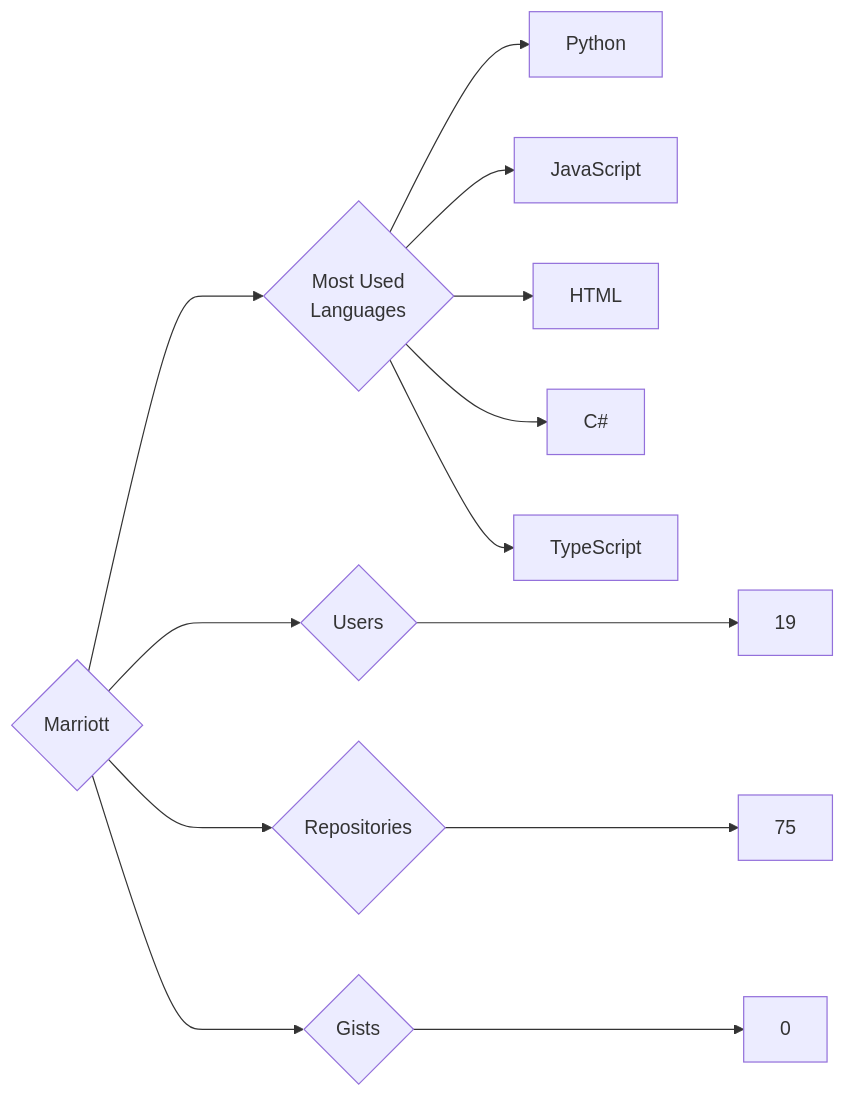
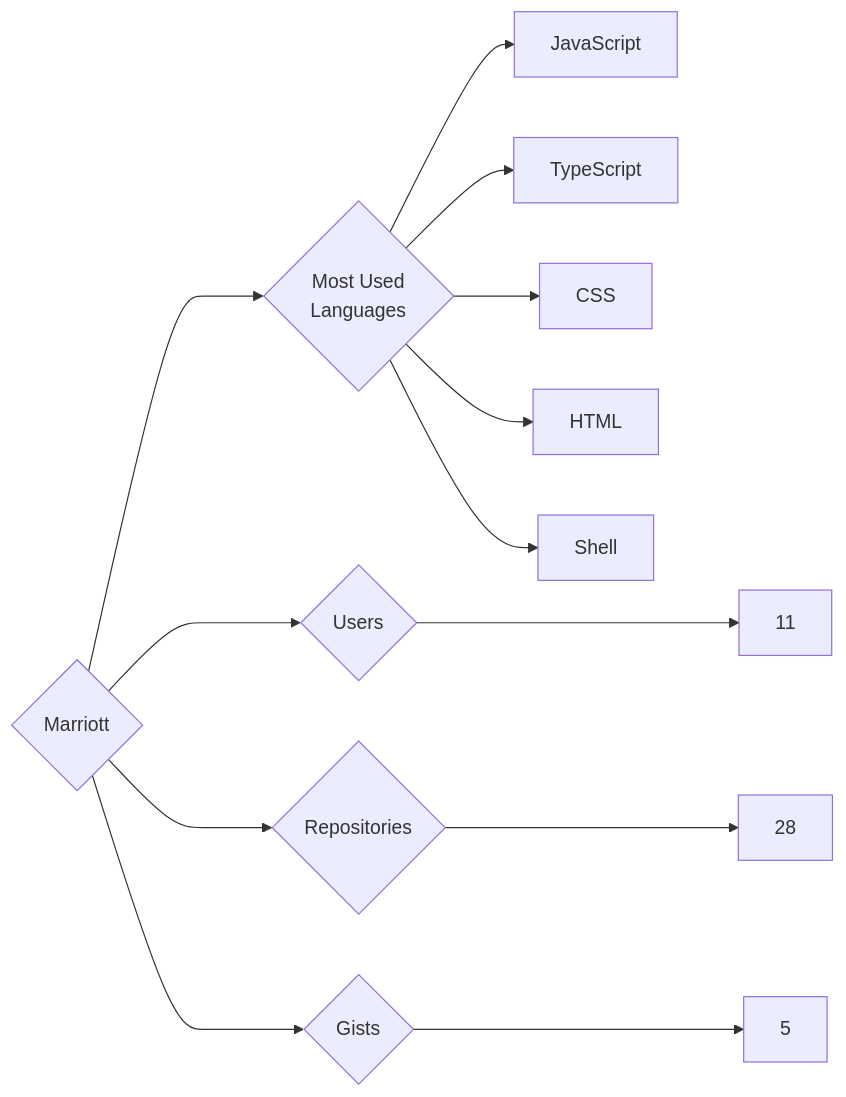
Before and after one commit to trickest/insiders: the diagram in targets/Marriott/README.md, drawn with Mermaid. The commit also changed 932 other files, not shown here.

````diff
--- a/targets/Marriott/README.md
+++ b/targets/Marriott/README.md
@@ -3,13 +3,13 @@
 ```mermaid
 graph LR
 COMPANY_NAME{Marriott}
-COMPANY_NAME ---> U{Users} ---> UN[19]
-COMPANY_NAME ---> R{Repositories} ---> RN[75]
-COMPANY_NAME ---> G{Gists} ---> GN[0]
+COMPANY_NAME ---> U{Users} ---> UN[11]
+COMPANY_NAME ---> R{Repositories} ---> RN[28]
+COMPANY_NAME ---> G{Gists} ---> GN[5]
 COMPANY_NAME ---> ML{Most Used<br>Languages}
-ML --> Python[Python]
 ML --> JavaScript[JavaScript]
+ML --> TypeScript[TypeScript]
+ML --> CSS[CSS]
 ML --> HTML[HTML]
-ML --> C#[C#]
-ML --> TypeScript[TypeScript]
+ML --> Shell[Shell]
 ```
````
